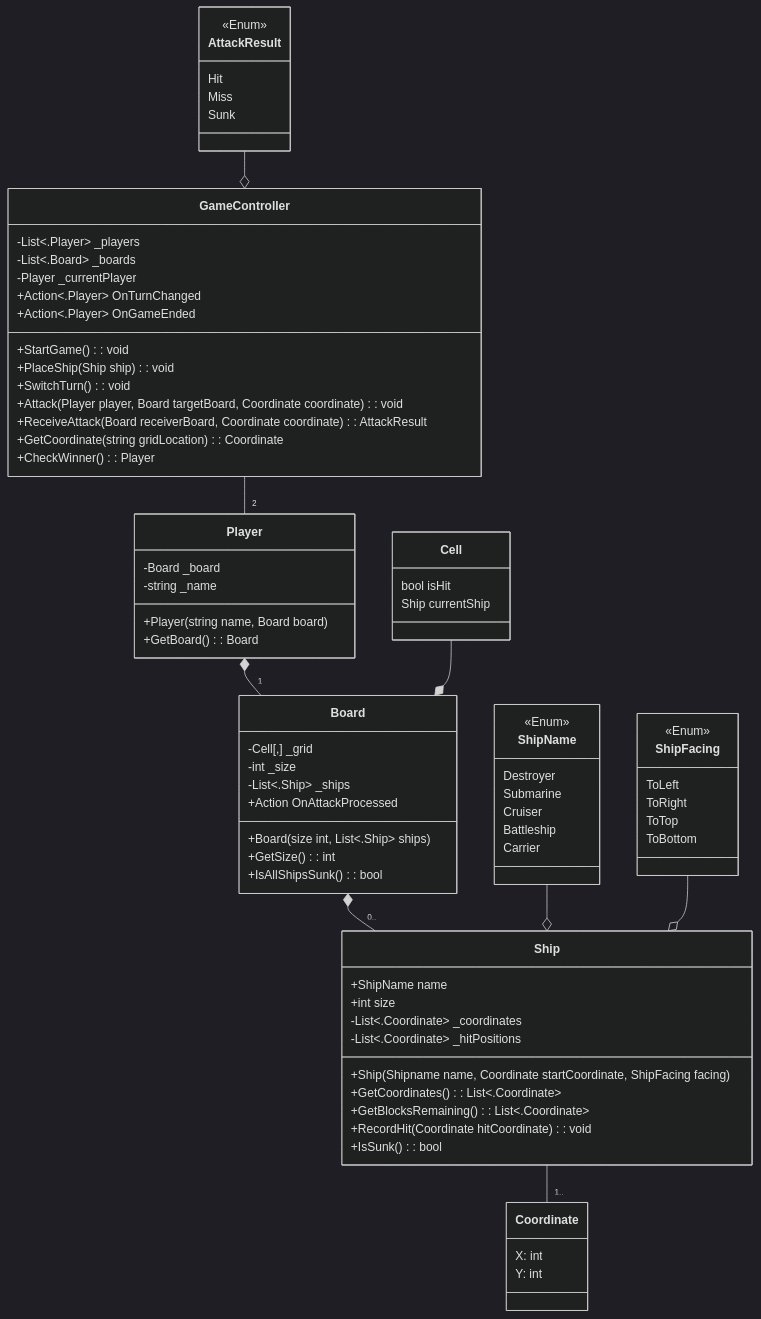
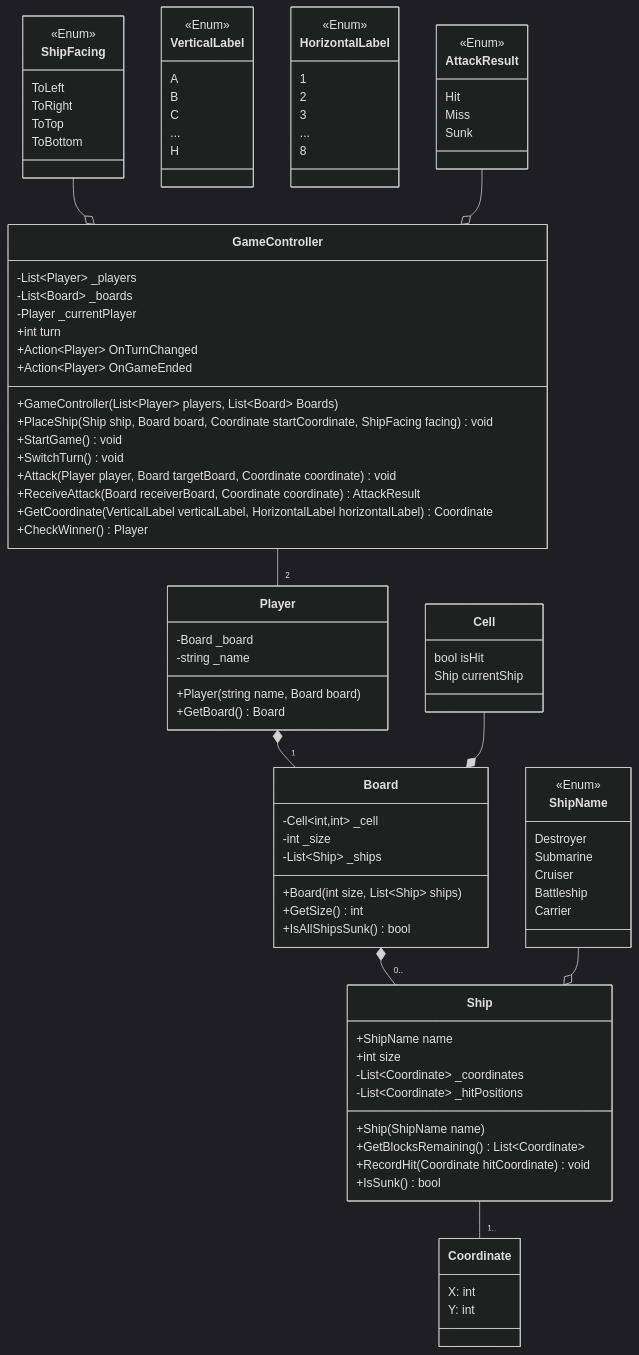
The diagram in battleships.md (Zulfaabam/bootcamp-formulatrix), drawn with Mermaid (dark theme) before and after one commit. The commit also changed other lines of this file and 1 other file, not shown here.

````diff
--- a/battleships.md
+++ b/battleships.md
@@ -3,91 +5,108 @@
 classDiagram
 direction TB
     class Coordinate {
-	    X: int
-	    Y: int
+        X: int
+        Y: int
     }
 
     class Ship {
-	    +ShipName name
-	    +int size
-	    -List~.Coordinate~ _coordinates
-	    -List<.Coordinate> _hitPositions
-		+Ship(Shipname name, Coordinate startCoordinate, ShipFacing facing)
-	    +GetCoordinates() : List<.Coordinate>
-		+GetBlocksRemaining() : List<.Coordinate>
-		+RecordHit(Coordinate hitCoordinate) : void
-	    +IsSunk() : bool
+        +ShipName name
+        +int size
+        -List~Coordinate~ _coordinates
+        -List~Coordinate~ _hitPositions
+        +Ship(ShipName name)
+        +GetBlocksRemaining() List~Coordinate~
+        +RecordHit(Coordinate hitCoordinate) void
+        +IsSunk() bool
     }
 
     class ShipName {
-	    Destroyer
-	    Submarine
-	    Cruiser
-	    Battleship
-	    Carrier
+        Destroyer
+        Submarine
+        Cruiser
+        Battleship
+        Carrier
     }
 
-	class ShipFacing {
-	    ToLeft
-	    ToRight
-	    ToTop
-	    ToBottom
+    class ShipFacing {
+        ToLeft
+        ToRight
+        ToTop
+        ToBottom
+    }
+
+    class VerticalLabel {
+        A
+        B
+        C
+        ...
+        H
+    }
+
+    class HorizontalLabel {
+        1
+        2
+        3
+        ...
+        8
     }
 
     class Player {
-	    -Board _board
-	    -string _name
-		+Player(string name, Board board)
-	    +GetBoard() : Board
+        -Board _board
+        -string _name
+        +Player(string name, Board board)
+        +GetBoard() Board
     }
 
     class Board {
-	    -Cell[,] _grid
-	    -int _size
-	    -List~.Ship~ _ships
-		+Action<Coordinate, AttackResult> OnAttackProcessed
-		+Board(size int, List<.Ship> ships)
-	    +GetSize() : int
-	    +IsAllShipsSunk() : bool
+        -Cell~int,int~ _cell
+        -int _size
+        -List~Ship~ _ships
+        +Board(int size, List~Ship~ ships)
+        +GetSize() int
+        +IsAllShipsSunk() bool
     }
 
     class AttackResult {
-	    Hit
-	    Miss
-	    Sunk
+        Hit
+        Miss
+        Sunk
     }
 
     class Cell {
-	    bool isHit
-	    Ship currentShip
+        bool isHit
+        Ship currentShip
     }
 
     class GameController {
-	    -List<.Player> _players
-	    -List<.Board> _boards
-	    -Player _currentPlayer
-		+Action<.Player> OnTurnChanged
-		+Action<.Player> OnGameEnded
-	    +StartGame() : void
-      	+PlaceShip(Ship ship) : void
-	    +SwitchTurn() : void
-      	+Attack(Player player, Board targetBoard, Coordinate coordinate) : void
-	    +ReceiveAttack(Board receiverBoard, Coordinate coordinate) : AttackResult
-      	+GetCoordinate(string gridLocation) : Coordinate
-      	+CheckWinner() : Player
+        -List~Player~ _players
+        -List~Board~ _boards
+        -Player _currentPlayer
+        +int turn
+        +Action~Player~ OnTurnChanged
+        +Action~Player~ OnGameEnded
+        +GameController(List~Player~ players, List~Board~ Boards)
+        +PlaceShip(Ship ship, Board board, Coordinate startCoordinate, ShipFacing facing) void
+        +StartGame() void
+        +SwitchTurn() void
+        +Attack(Player player, Board targetBoard, Coordinate coordinate) void
+        +ReceiveAttack(Board receiverBoard, Coordinate coordinate) AttackResult
+        +GetCoordinate(VerticalLabel verticalLabel, HorizontalLabel horizontalLabel) Coordinate
+        +CheckWinner() Player
     }
 
-	<<Enum>> ShipName
-	<<Enum>> ShipFacing
-	<<Enum>> AttackResult
+    <<Enum>> ShipName
+    <<Enum>> ShipFacing
+    <<Enum>> AttackResult
+    <<Enum>> VerticalLabel
+    <<Enum>> HorizontalLabel
 
     Player *-- "1" Board
     Board *-- "0.." Ship
     Ship -- "1.." Coordinate
     GameController -- "2" Player
     ShipName --o Ship
-    ShipFacing --o Ship
+    ShipFacing --o GameController
     AttackResult --o GameController
     Cell --* Board
-
 ```
````
